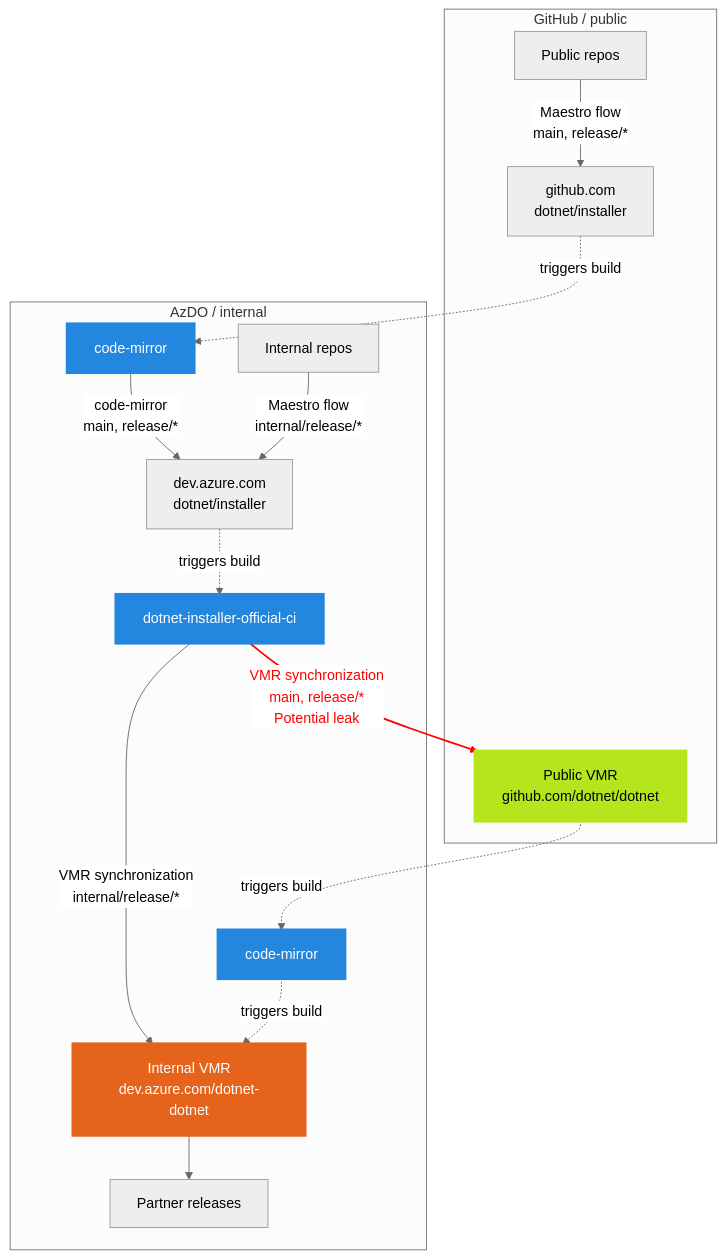
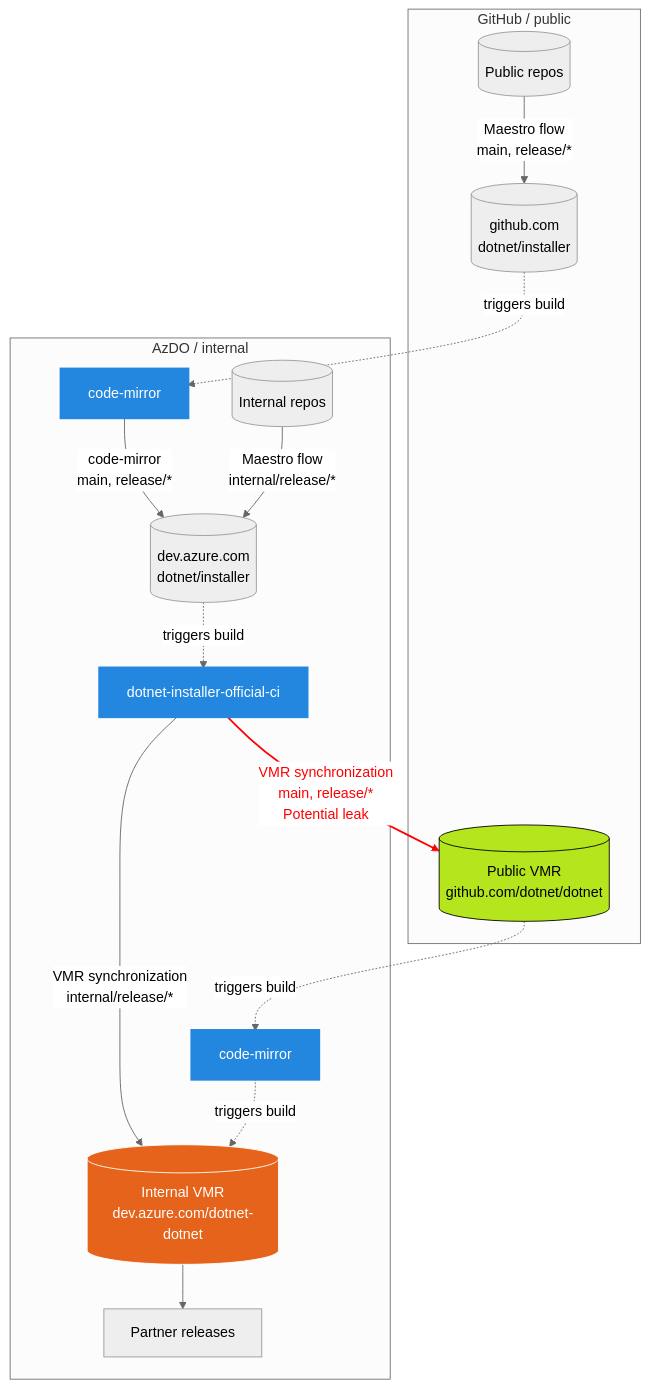
One commit to dotnet/arcade changed the fifth of 5 diagrams in Documentation/UnifiedBuild/VMR-Code-And-Build-Workflow.md. Above: the diagram before and after it, drawn with Mermaid (neutral theme).

Commit message:
Make repos round

````diff
--- a/Documentation/UnifiedBuild/VMR-Code-And-Build-Workflow.md
+++ b/Documentation/UnifiedBuild/VMR-Code-And-Build-Workflow.md
@@ -209,39 +209,39 @@
 ```mermaid
 flowchart TD
     subgraph GitHub / public
-        PublicRepos[Public repos]
-        PublicInstaller[github.com\ndotnet/installer]
-        PublicVMR[Public VMR\ngithub.com/dotnet/dotnet]
+        PublicRepos[(Public repos)]
+        PublicInstaller[(github.com\ndotnet/installer)]
+        PublicVMR[(Public VMR\ngithub.com/dotnet/dotnet)]
         PublicRepos-- Maestro flow\nmain, release/* -->PublicInstaller
     end
 
     PublicInstaller-.triggers build.->CodeMirror
     PublicVMR-.triggers build.->CodeMirror2
 
     subgraph AzDO / internal
-        InternalRepos[Internal repos]
-        InternalInstaller[dev.azure.com\ndotnet/installer]
-        InternalVMR[Internal VMR\ndev.azure.com/dotnet-dotnet]
+        InternalRepos[(Internal repos)]
+        InternalInstaller[(dev.azure.com\ndotnet/installer)]
+        InternalVMR[(Internal VMR\ndev.azure.com/dotnet-dotnet)]
         CodeMirror[code-mirror]
         CodeMirror2[code-mirror]
         InstallerBuild[dotnet-installer-official-ci]
         Releases[Partner releases]
 
         CodeMirror-- code-mirror\nmain, release/* -->InternalInstaller
         InternalRepos-- Maestro flow\ninternal/release/* -->InternalInstaller
         InternalInstaller-.triggers build.->InstallerBuild
         InstallerBuild-- VMR synchronization\ninternal/release/* -->InternalVMR
         InstallerBuild-- VMR synchronization\nmain, release/*\nPotential leak -->PublicVMR
         CodeMirror2-.triggers build.->InternalVMR
         InternalVMR-->Releases
     end
 
     class CodeMirror,CodeMirror2,InstallerBuild Build;
     class PublicVMR PublicVMR_;
     class InternalVMR InternalVMR_;
 
     classDef Build fill:#2487DF,stroke:#2487DF,stroke-width:4px,color:#fff;
-    classDef PublicVMR_ fill:#B5E61D,stroke:#B5E61D,stroke-width:4px,color:#000;
-    classDef InternalVMR_ fill:#E6631C,stroke:#E6631C,stroke-width:4px,color:#fff;
+    classDef PublicVMR_ fill:#B5E61D,stroke:#000,color:#000;
+    classDef InternalVMR_ fill:#E6631C,stroke:#fff,color:#fff;
     linkStyle 7 stroke-width:2px,fill:none,stroke:red,color:red;
 ```
````
